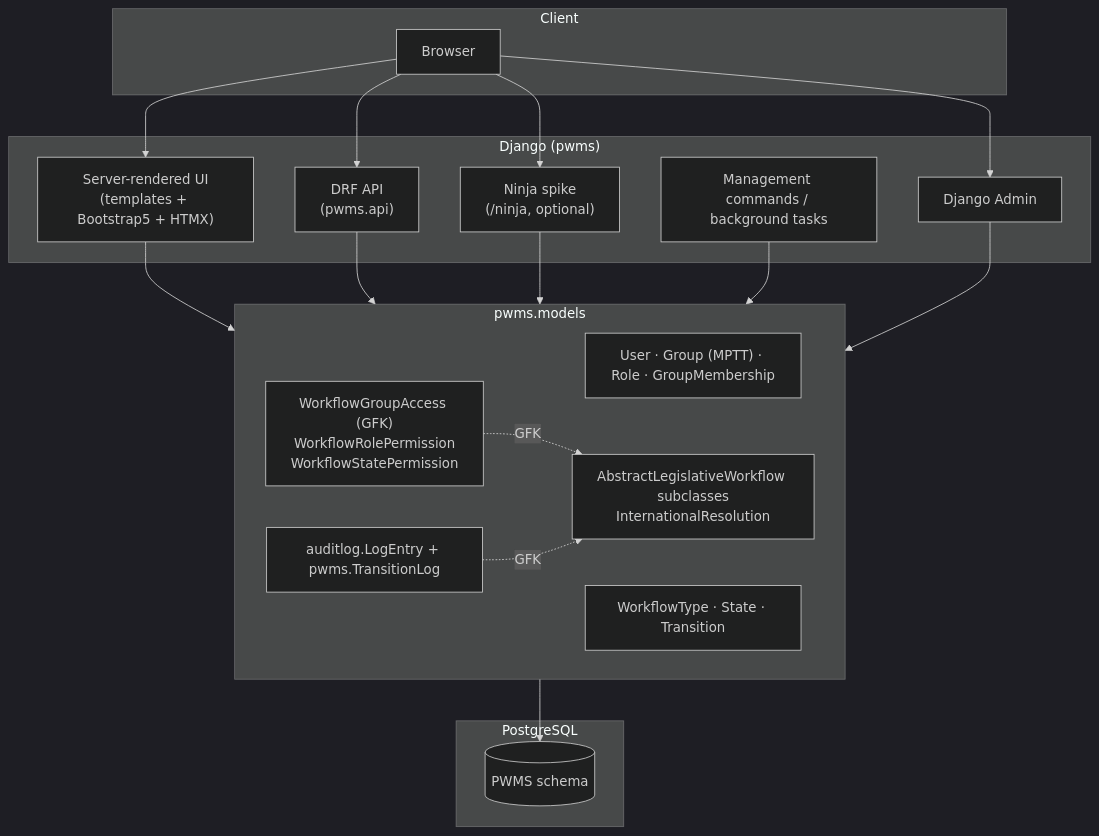
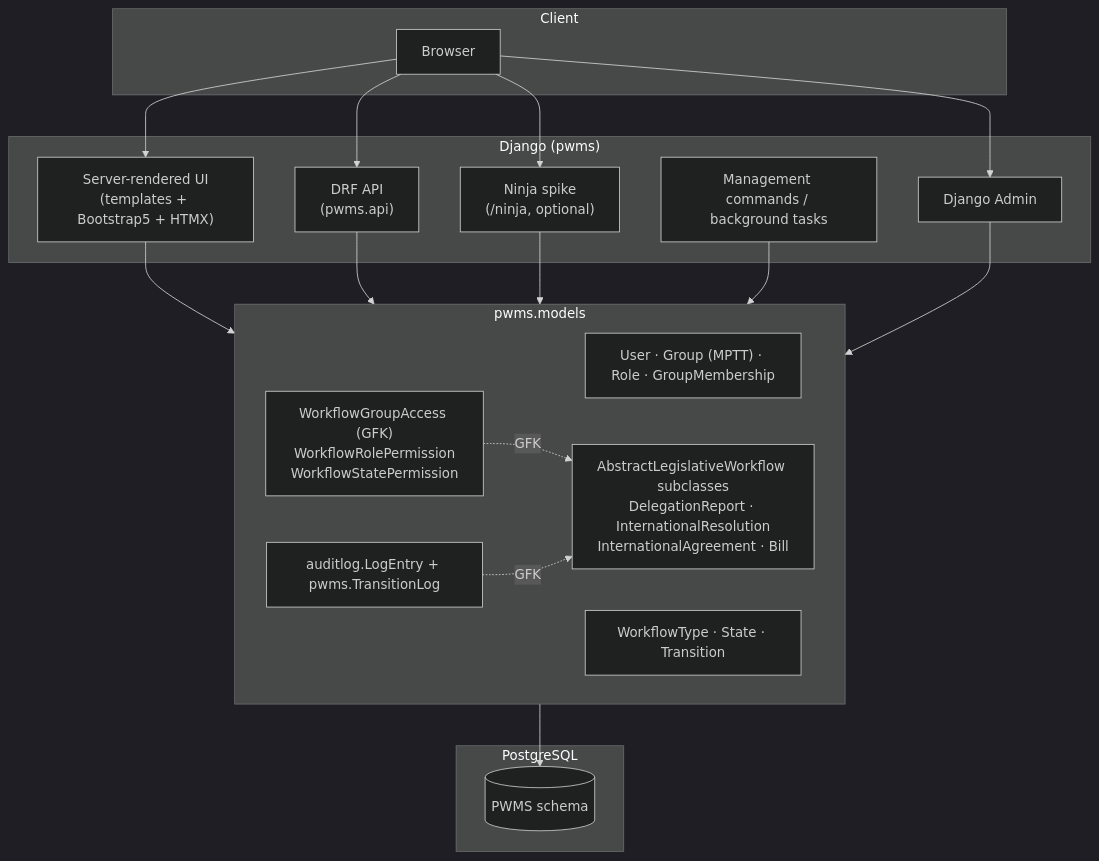
The first of 4 diagrams in src/pwms/docs/System Design.md (gelie/pwms_project), drawn with Mermaid (dark theme) before and after one commit. The commit also changed other lines of this file and 17 other files, not shown here.

First line of the commit message:
Document LDAP auth, attachments versioning, and diagrams

````diff
--- a/src/pwms/docs/System Design.md
+++ b/src/pwms/docs/System Design.md
@@ -17,41 +17,41 @@
 ```mermaid
 flowchart TB
     subgraph Client
         Browser
     end
 
     subgraph Django["Django (pwms)"]
         Web["Server-rendered UI<br/>(templates + Bootstrap5 + HTMX)"]
         Admin["Django Admin"]
         API["DRF API<br/>(pwms.api)"]
         Ninja["Ninja spike<br/>(/ninja, optional)"]
         Commands["Management commands / background tasks"]
     end
 
     subgraph Core["pwms.models"]
         Identity["User · Group (MPTT) · Role · GroupMembership"]
         Engine["WorkflowType · State · Transition"]
-        Instances["AbstractLegislativeWorkflow subclasses<br/>InternationalResolution"]
+        Instances["AbstractLegislativeWorkflow subclasses<br/>DelegationReport · InternationalResolution<br/>InternationalAgreement · Bill"]
         Rbac["WorkflowGroupAccess (GFK)<br/>WorkflowRolePermission<br/>WorkflowStatePermission"]
         AuditCore["auditlog.LogEntry + pwms.TransitionLog"]
     end
 
     subgraph Data["PostgreSQL"]
         DB[("PWMS schema")]
     end
 
     Browser --> Web
     Browser --> API
     Browser --> Ninja
     Browser --> Admin
 
     Web --> Core
     API --> Core
     Ninja --> Core
     Commands --> Core
     Admin --> Core
 
     Rbac -.GFK.-> Instances
     AuditCore -.GFK.-> Instances
     Core --> DB
 ```
````
